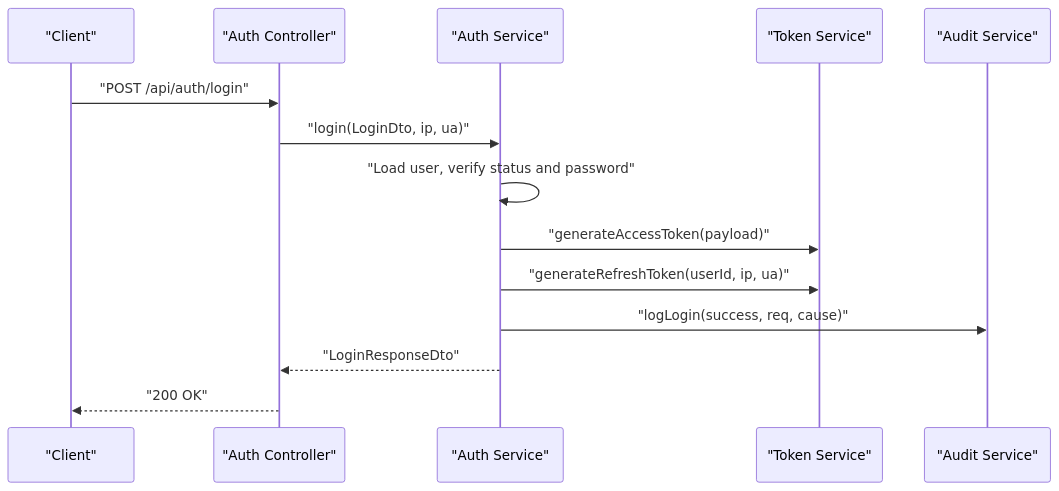
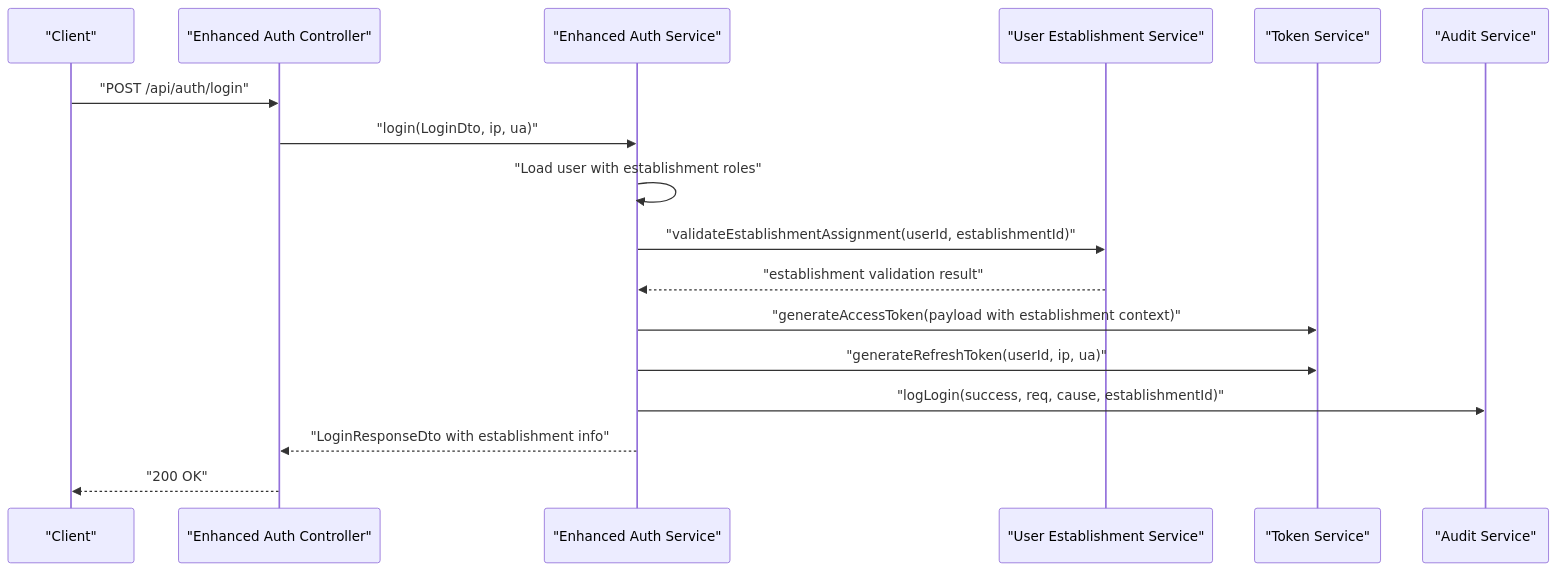
Before and after one commit to franckylab/eLISAschool: the third of 9 diagrams in .qoder/repowiki/en/content/Modules & Features/Administrative Modules/Security & Governance/Security & Governance.md, drawn with Mermaid. The commit also changed other lines of this file and 67 other files, not shown here.

````diff
--- a/.qoder/repowiki/en/content/Modules & Features/Administrative Modules/Security & Governance/Security & Governance.md
+++ b/.qoder/repowiki/en/content/Modules & Features/Administrative Modules/Security & Governance/Security & Governance.md
@@ -189,16 +256,19 @@
 ```mermaid
 sequenceDiagram
 participant C as "Client"
-participant Ctrl as "Auth Controller"
-participant Svc as "Auth Service"
+participant Ctrl as "Enhanced Auth Controller"
+participant Svc as "Enhanced Auth Service"
+participant UESS as "User Establishment Service"
 participant Tok as "Token Service"
 participant Aud as "Audit Service"
 C->>Ctrl : "POST /api/auth/login"
 Ctrl->>Svc : "login(LoginDto, ip, ua)"
-Svc->>Svc : "Load user, verify status and password"
-Svc->>Tok : "generateAccessToken(payload)"
+Svc->>Svc : "Load user with establishment roles"
+Svc->>UESS : "validateEstablishmentAssignment(userId, establishmentId)"
+UESS-->>Svc : "establishment validation result"
+Svc->>Tok : "generateAccessToken(payload with establishment context)"
 Svc->>Tok : "generateRefreshToken(userId, ip, ua)"
-Svc->>Aud : "logLogin(success, req, cause)"
-Svc-->>Ctrl : "LoginResponseDto"
+Svc->>Aud : "logLogin(success, req, cause, establishmentId)"
+Svc-->>Ctrl : "LoginResponseDto with establishment info"
 Ctrl-->>C : "200 OK"
 ```
````
